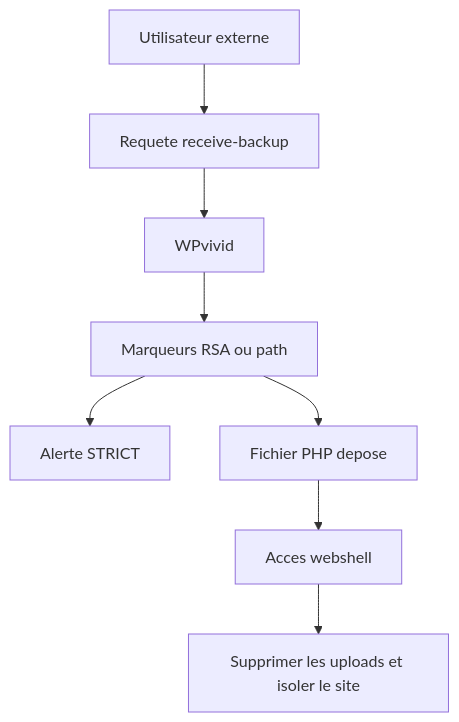
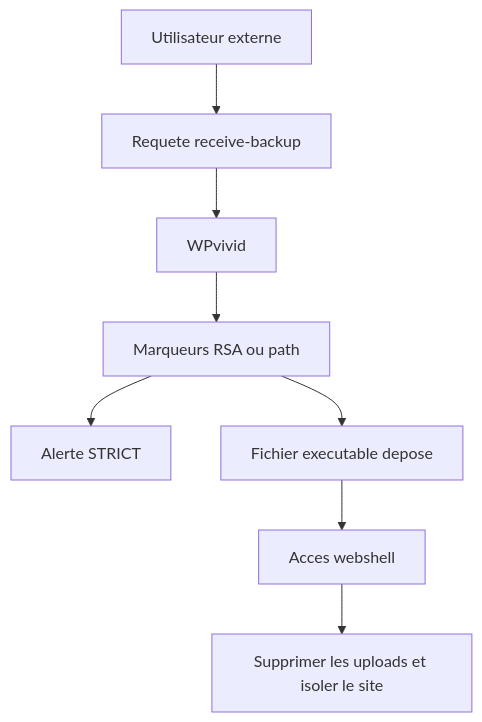
Before and after one commit to Hatchepsoute/sigma-rules: the diagram in CVE-2026-1357_wordpress_WPvivid_Backup_Migration/diagrams/DIAGRAM_CVE_2026_1357_ATTACK_DETECTION_RESPONSE_FR.mmd, drawn with Mermaid. The commit also changed 305 other files, not shown here.

```diff
--- a/CVE-2026-1357_wordpress_WPvivid_Backup_Migration/diagrams/DIAGRAM_CVE_2026_1357_ATTACK_DETECTION_RESPONSE_FR.mmd
+++ b/CVE-2026-1357_wordpress_WPvivid_Backup_Migration/diagrams/DIAGRAM_CVE_2026_1357_ATTACK_DETECTION_RESPONSE_FR.mmd
@@ -1,8 +1,8 @@
 flowchart TD
   A[Utilisateur externe] --> B[Requete receive-backup]
   B --> C[WPvivid]
   C --> D[Marqueurs RSA ou path]
   D --> E[Alerte STRICT]
-  D --> F[Fichier PHP depose]
+  D --> F[Fichier executable depose]
   F --> G[Acces webshell]
   G --> H[Supprimer les uploads et isoler le site]
```
